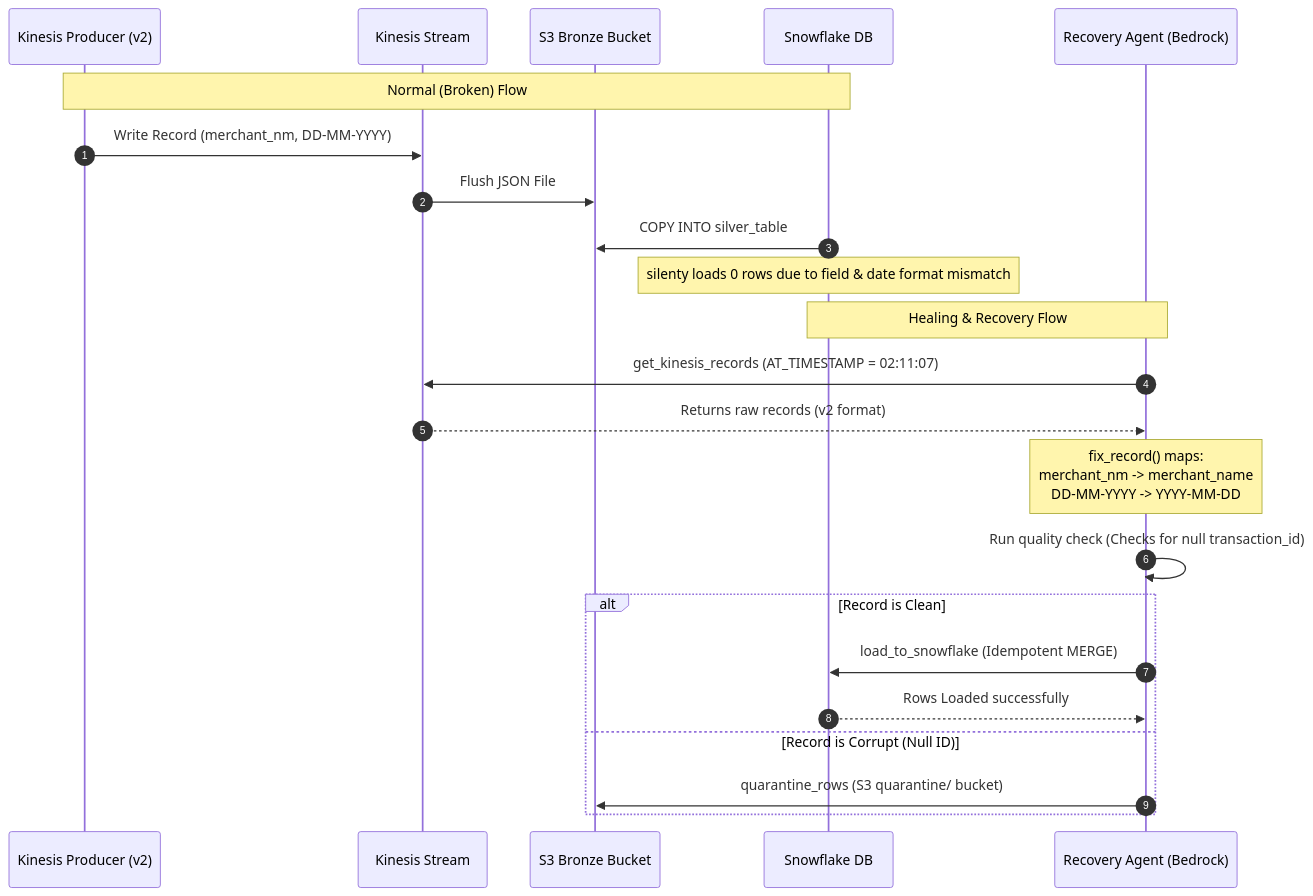
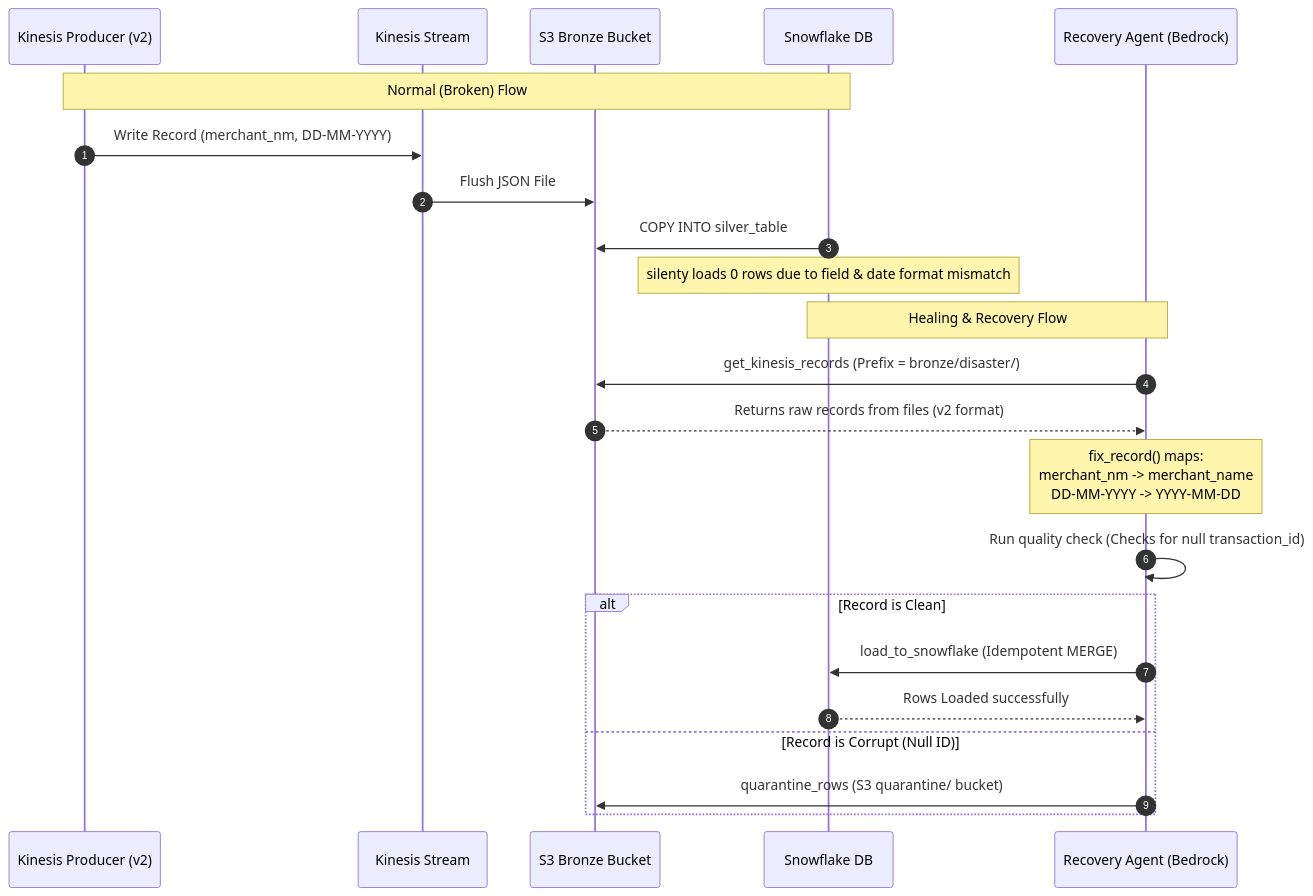
Before and after one commit to Shahsmit075/sigma-genai-de: the second of 2 diagrams in day12/DAY12_COMPLETE_GUIDE.md, drawn with Mermaid. The commit also changed other lines of this file, not shown here.

````diff
--- a/day12/DAY12_COMPLETE_GUIDE.md
+++ b/day12/DAY12_COMPLETE_GUIDE.md
@@ -85,27 +85,27 @@
 ```mermaid
 sequenceDiagram
     autonumber
     participant P as Kinesis Producer (v2)
     participant K as Kinesis Stream
     participant S3 as S3 Bronze Bucket
     participant SF as Snowflake DB
     participant R as Recovery Agent (Bedrock)
     
     Note over P,SF: Normal (Broken) Flow
     P->>K: Write Record (merchant_nm, DD-MM-YYYY)
     K->>S3: Flush JSON File
     SF->>S3: COPY INTO silver_table
     Note over SF: silenty loads 0 rows due to field & date format mismatch
     
     Note over R,SF: Healing & Recovery Flow
-    R->>K: get_kinesis_records (AT_TIMESTAMP = 02:11:07)
-    K-->>R: Returns raw records (v2 format)
+    R->>S3: get_kinesis_records (Prefix = bronze/disaster/)
+    S3-->>R: Returns raw records from files (v2 format)
     Note over R: fix_record() maps:<br/>merchant_nm -> merchant_name<br/>DD-MM-YYYY -> YYYY-MM-DD
     R->>R: Run quality check (Checks for null transaction_id)
     alt Record is Clean
         R->>SF: load_to_snowflake (Idempotent MERGE)
         SF-->>R: Rows Loaded successfully
     else Record is Corrupt (Null ID)
         R->>S3: quarantine_rows (S3 quarantine/ bucket)
     end
 ```
````
